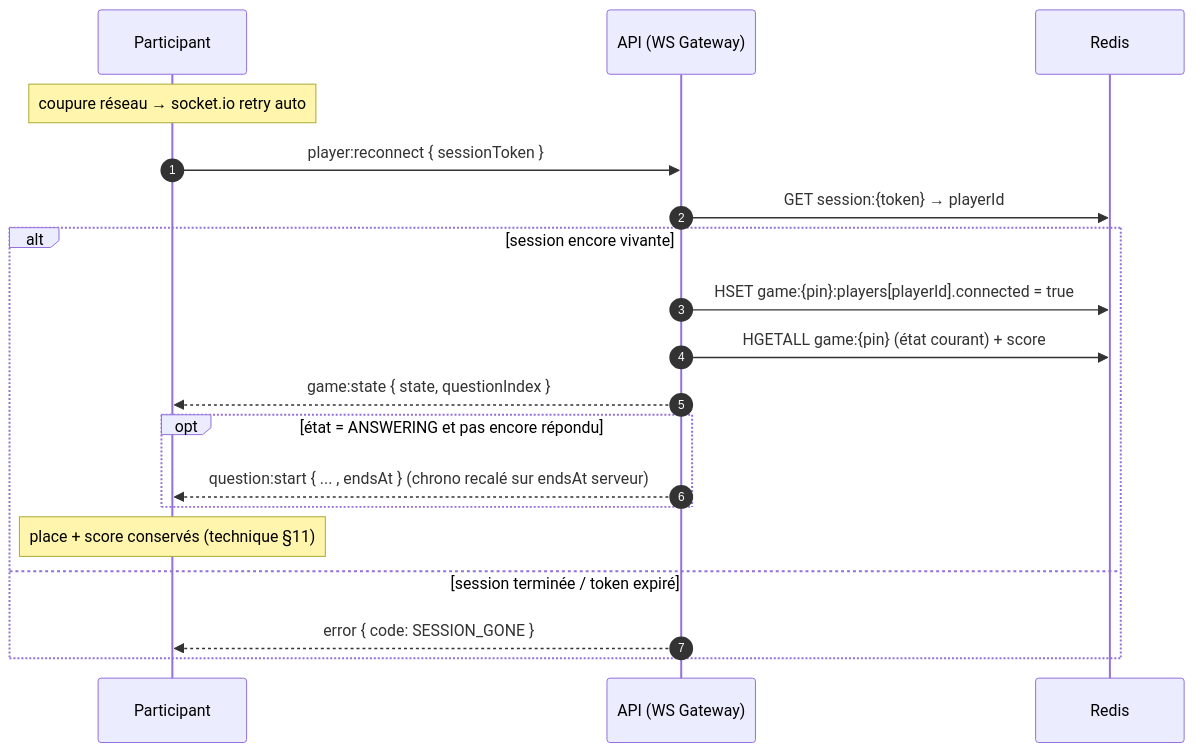
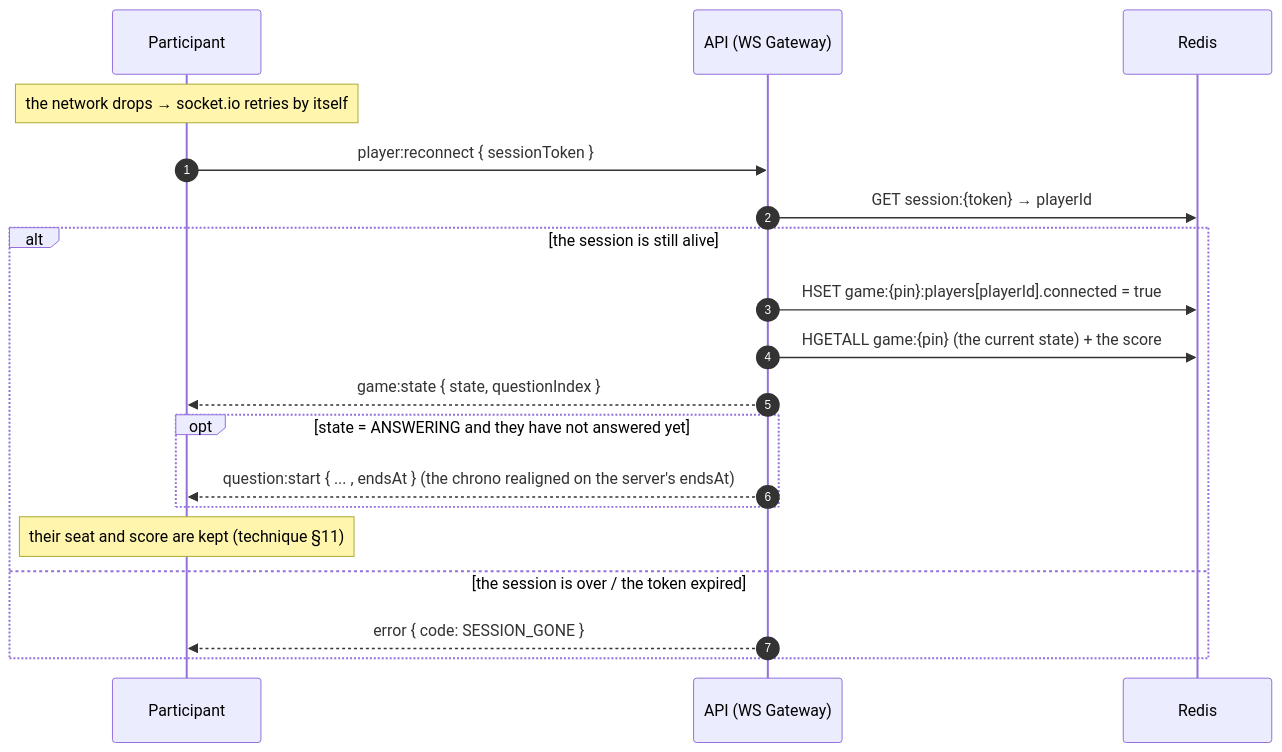
Before and after one commit to quizdock/quiz-dock: the fourth of 7 diagrams in specifications/SPECIFICATIONS-SEQUENCES.md, drawn with Mermaid. The commit also changed other lines of this file and 12 other files, not shown here.

````diff
--- a/specifications/SPECIFICATIONS-SEQUENCES.md
+++ b/specifications/SPECIFICATIONS-SEQUENCES.md
@@ -120,22 +120,22 @@
 ```mermaid
 sequenceDiagram
     autonumber
     participant A as Participant
     participant API as API (WS Gateway)
     participant R as Redis
 
-    Note over A: coupure réseau → socket.io retry auto
+    Note over A: the network drops → socket.io retries by itself
     A->>API: player:reconnect { sessionToken }
     API->>R: GET session:{token} → playerId
-    alt session encore vivante
+    alt the session is still alive
         API->>R: HSET game:{pin}:players[playerId].connected = true
-        API->>R: HGETALL game:{pin} (état courant) + score
+        API->>R: HGETALL game:{pin} (the current state) + the score
         API-->>A: game:state { state, questionIndex }
-        opt état = ANSWERING et pas encore répondu
-            API-->>A: question:start { ... , endsAt }  (chrono recalé sur endsAt serveur)
+        opt state = ANSWERING and they have not answered yet
+            API-->>A: question:start { ... , endsAt }  (the chrono realigned on the server's endsAt)
         end
-        Note over A: place + score conservés (technique §11)
-    else session terminée / token expiré
+        Note over A: their seat and score are kept (technique §11)
+    else the session is over / the token expired
         API-->>A: error { code: SESSION_GONE }
     end
 ```
````
